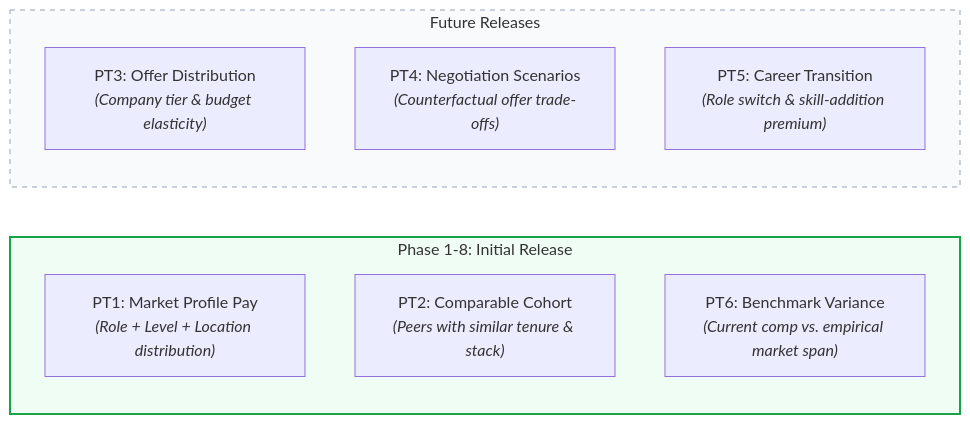
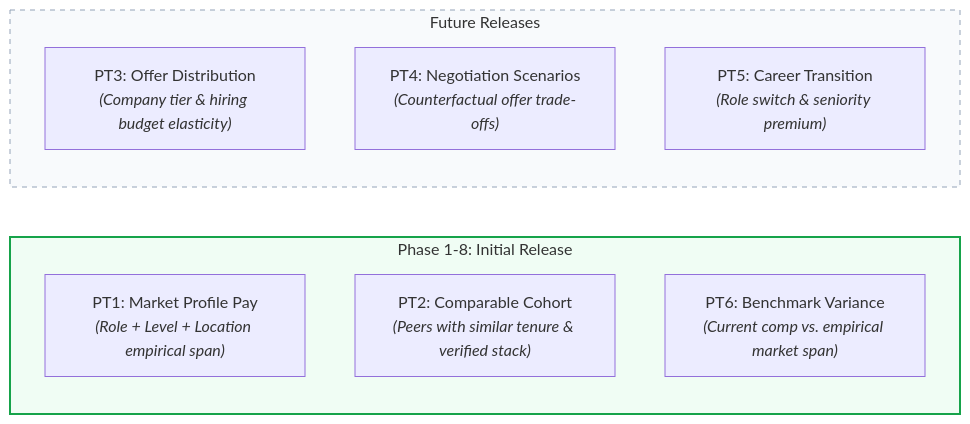
One commit to HarshkumarG007/ArthaIQ changed the first of 2 diagrams in README.md. Above: the diagram before and after it, drawn with Mermaid. The commit also changed other lines of this file and 6 other files, not shown here.

````diff
--- a/README.md
+++ b/README.md
@@ -79,17 +84,17 @@
 ```mermaid
 graph LR
     subgraph MVP [Phase 1-8: Initial Release]
-        PT1["PT1: Market Profile Pay<br/><i>(Role + Level + Location distribution)</i>"]
-        PT2["PT2: Comparable Cohort<br/><i>(Peers with similar tenure & stack)</i>"]
+        PT1["PT1: Market Profile Pay<br/><i>(Role + Level + Location empirical span)</i>"]
+        PT2["PT2: Comparable Cohort<br/><i>(Peers with similar tenure & verified stack)</i>"]
         PT6["PT6: Benchmark Variance<br/><i>(Current comp vs. empirical market span)</i>"]
     end
 
     subgraph Expansion [Future Releases]
-        PT3["PT3: Offer Distribution<br/><i>(Company tier & budget elasticity)</i>"]
+        PT3["PT3: Offer Distribution<br/><i>(Company tier & hiring budget elasticity)</i>"]
         PT4["PT4: Negotiation Scenarios<br/><i>(Counterfactual offer trade-offs)</i>"]
-        PT5["PT5: Career Transition<br/><i>(Role switch & skill-addition premium)</i>"]
+        PT5["PT5: Career Transition<br/><i>(Role switch & seniority premium)</i>"]
     end
 
     style MVP fill:#f0fdf4,stroke:#16a34a,stroke-width:2px;
     style Expansion fill:#f8fafc,stroke:#94a3b8,stroke-width:1px,stroke-dasharray: 5 5;
 ```
````
